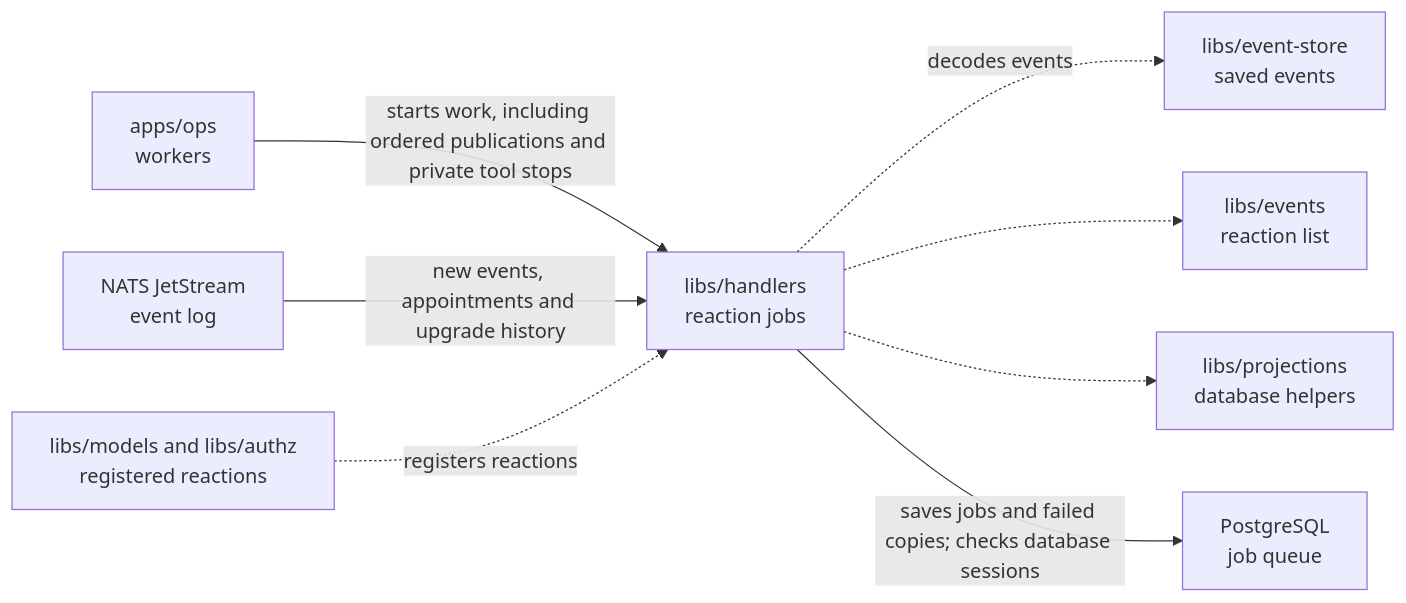
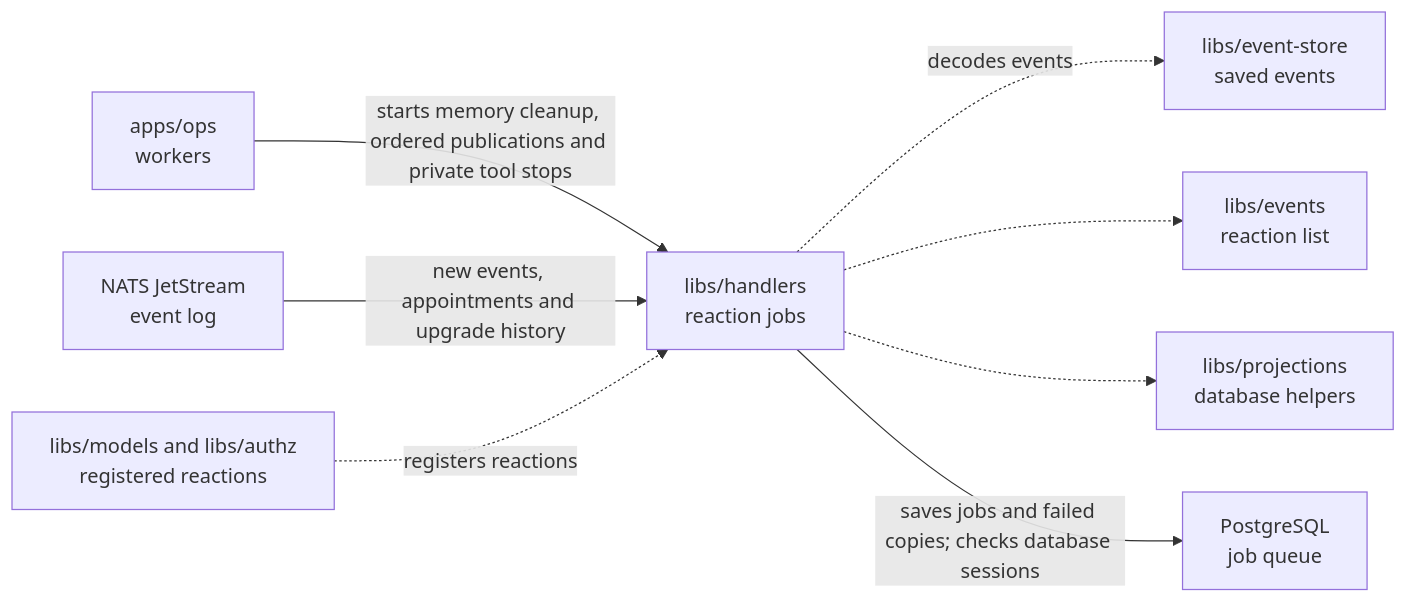
The diagram in libs/handlers/README.md (elewa-git/opencrane-new), drawn with Mermaid before and after one commit. The commit also changed other lines of this file and 24 other files, not shown here.

````diff
--- a/libs/handlers/README.md
+++ b/libs/handlers/README.md
@@ -28,10 +28,10 @@
 ```mermaid
 flowchart LR
-  ops["apps/ops<br/>workers"] -->|starts work, including ordered publications and private tool stops| handlers["libs/handlers<br/>reaction jobs"]
+  ops["apps/ops<br/>workers"] -->|starts memory cleanup, ordered publications and private tool stops| handlers["libs/handlers<br/>reaction jobs"]
   nats["NATS JetStream<br/>event log"] -->|new events, appointments and upgrade history| handlers
   reactions["libs/models and libs/authz<br/>registered reactions"] -.->|registers reactions| handlers
   handlers -.->|decodes events| store["libs/event-store<br/>saved events"]
   handlers -.-> events["libs/events<br/>reaction list"]
   handlers -.-> projections["libs/projections<br/>database helpers"]
   handlers -->|saves jobs and failed copies; checks database sessions| pg["PostgreSQL<br/>job queue"]
 ```
````
